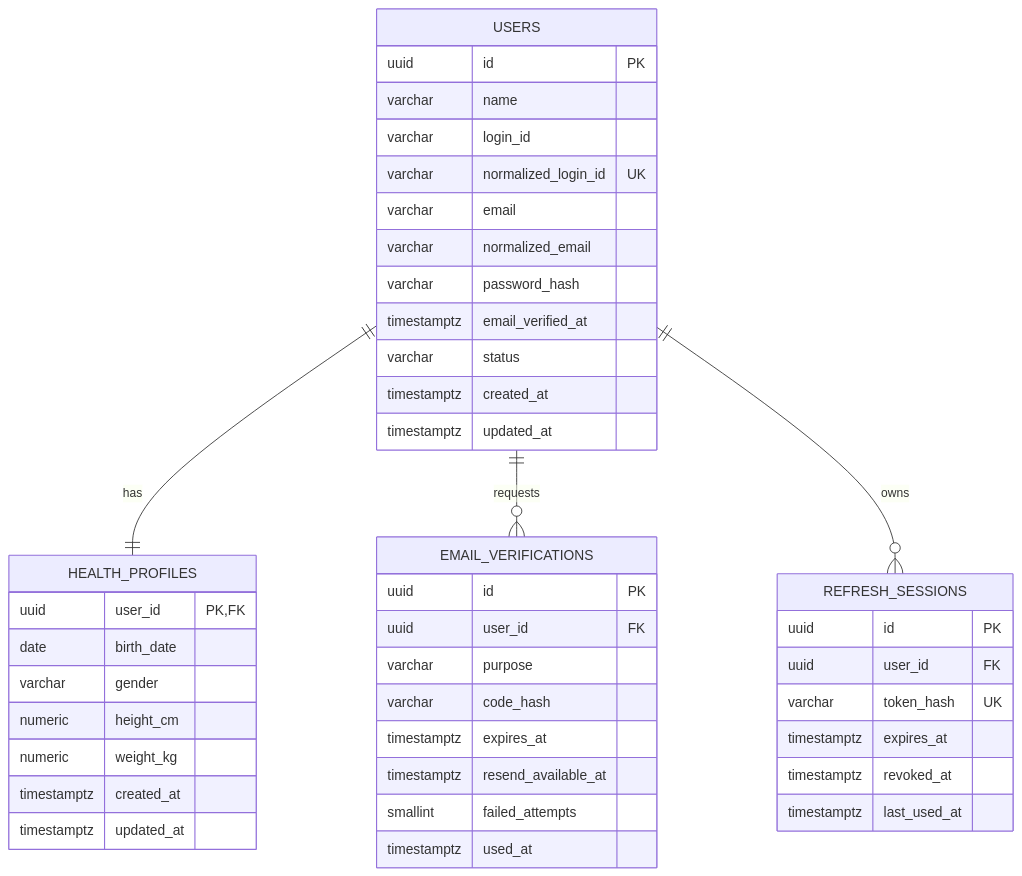
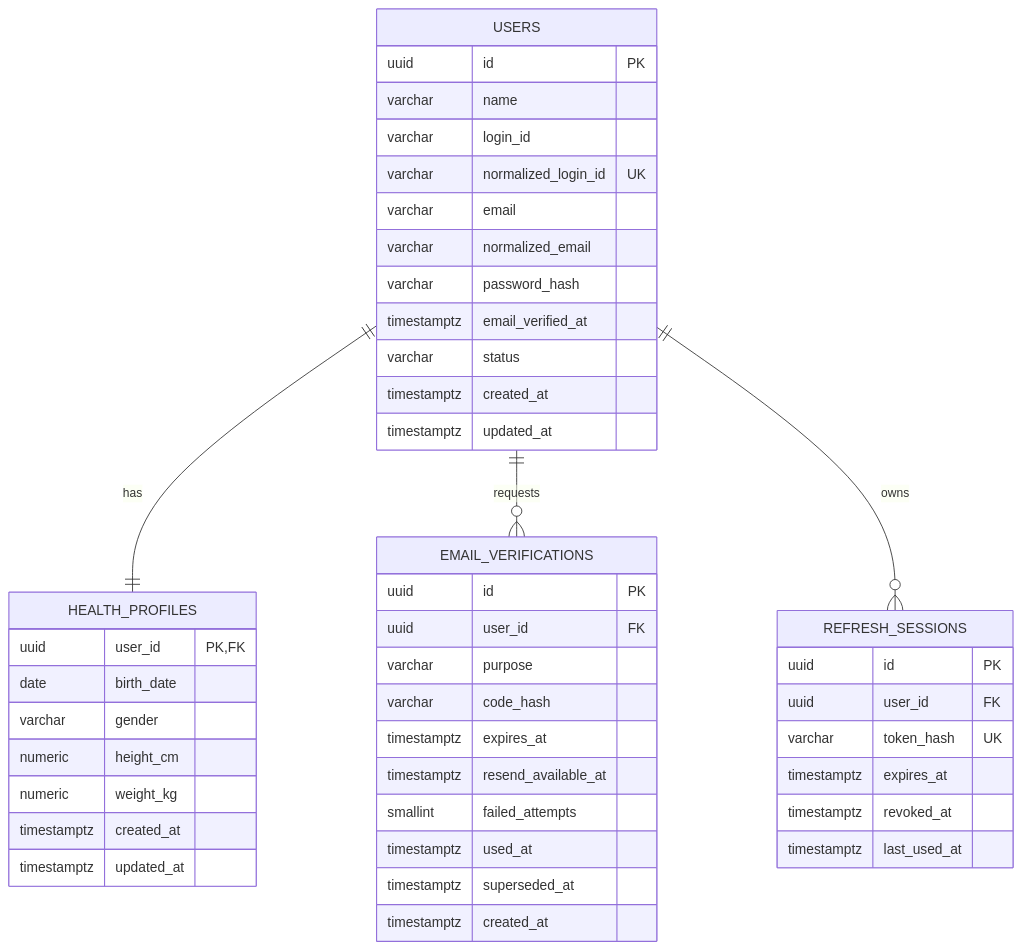
Before and after one commit to Pilot-project-python5/backend: the first of 4 diagrams in docs/architecture/erd.md, drawn with Mermaid. The commit also changed other lines of this file and 32 other files, not shown here.

````diff
--- a/docs/architecture/erd.md
+++ b/docs/architecture/erd.md
@@ -18,50 +18,52 @@
 ```mermaid
 erDiagram
     USERS ||--|| HEALTH_PROFILES : has
     USERS ||--o{ EMAIL_VERIFICATIONS : requests
     USERS ||--o{ REFRESH_SESSIONS : owns
 
     USERS {
         uuid id PK
         varchar name
         varchar login_id
         varchar normalized_login_id UK
         varchar email
         varchar normalized_email
         varchar password_hash
         timestamptz email_verified_at
         varchar status
         timestamptz created_at
         timestamptz updated_at
     }
 
     HEALTH_PROFILES {
         uuid user_id PK,FK
         date birth_date
         varchar gender
         numeric height_cm
         numeric weight_kg
         timestamptz created_at
         timestamptz updated_at
     }
 
     EMAIL_VERIFICATIONS {
         uuid id PK
         uuid user_id FK
         varchar purpose
         varchar code_hash
         timestamptz expires_at
         timestamptz resend_available_at
         smallint failed_attempts
         timestamptz used_at
+        timestamptz superseded_at
+        timestamptz created_at
     }
 
     REFRESH_SESSIONS {
         uuid id PK
         uuid user_id FK
         varchar token_hash UK
         timestamptz expires_at
         timestamptz revoked_at
         timestamptz last_used_at
     }
 ```
````
